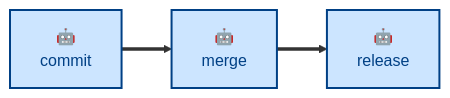
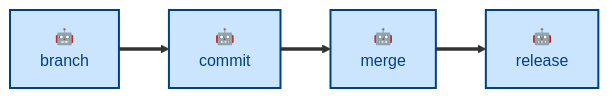
One commit to kieranpotts/skills changed the diagram in skills/merge/README.md. Above: the diagram before and after it, drawn with Mermaid. The commit also changed other lines of this file and 7 other files, not shown here.

Commit message:
behavior: finalize branch, commit, merge, and release skills

````diff
--- a/skills/merge/README.md
+++ b/skills/merge/README.md
@@ -29,16 +46,18 @@
 ```mermaid
 flowchart LR
   %% Node labels and classes.
+  branch["🤖<br/>branch"]:::agentic
   commit["🤖<br/>commit"]:::agentic
   merge["🤖<br/>merge"]:::agentic
   release["🤖<br/>release"]:::agentic
 
   %% Main workflow sequence.
+  branch ==> commit
   commit ==> merge
   merge ==> release
 
   %% Class definitions.
   classDef agentic fill:#cce5ff,stroke:#004085,color:#004085,stroke-width:2px
   classDef scripted fill:#e2e3e5,stroke:#4b5157,color:#383d41,stroke-width:2px
   classDef anthropic fill:#fff3cd,stroke:#856404,color:#856404,stroke-width:1px,stroke-dasharray:2 3
 ```
````
